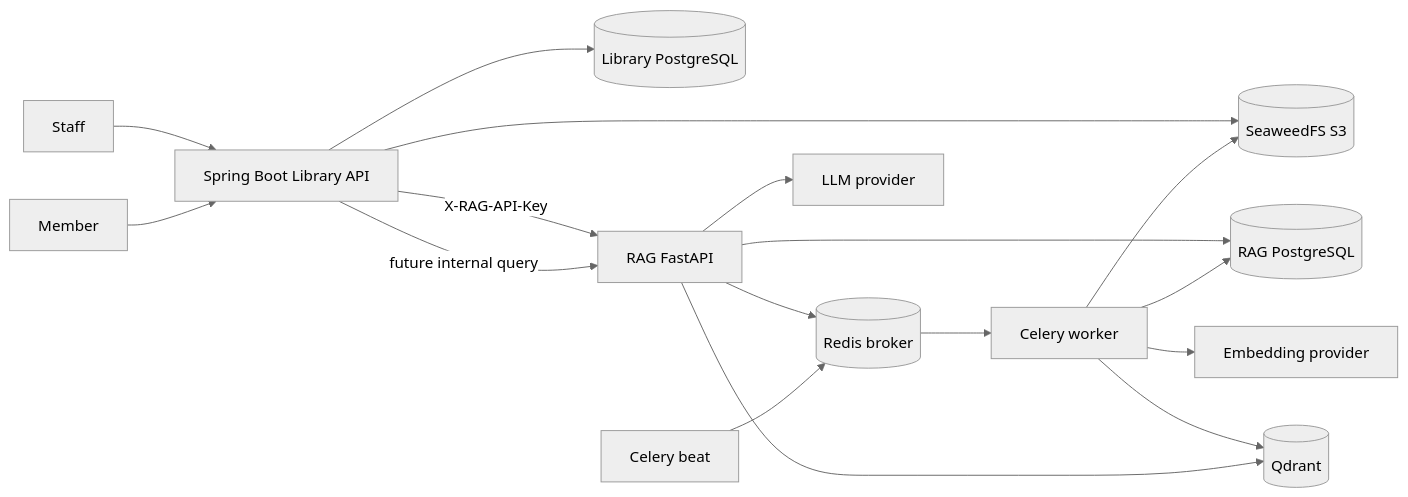
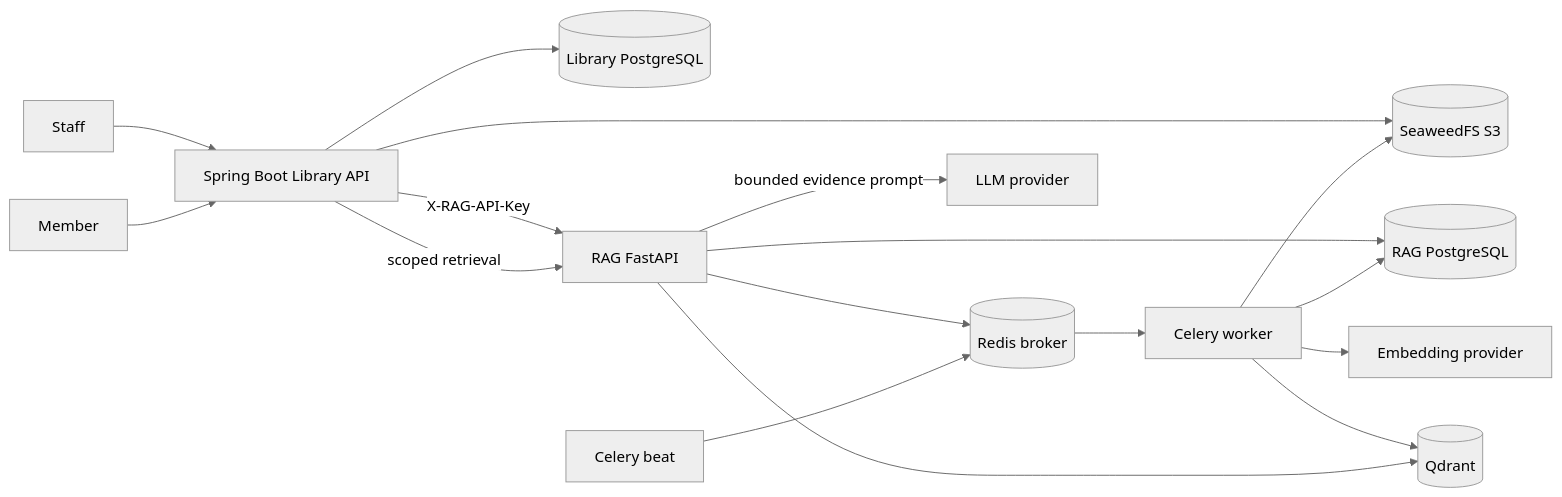
The diagram in rag-service/docs/platform/architecture.md (phandinhphuc1234/SE330_BE), drawn with Mermaid (neutral theme) before and after one commit. The commit also changed other lines of this file and 209 other files, not shown here.

````diff
--- a/rag-service/docs/platform/architecture.md
+++ b/rag-service/docs/platform/architecture.md
@@ -23,23 +23,23 @@
 ```mermaid
 flowchart LR
     Staff --> Library[Spring Boot Library API]
     Member --> Library
 
     Library --> LibraryDB[(Library PostgreSQL)]
     Library --> S3[(SeaweedFS S3)]
     Library -->|X-RAG-API-Key| API[RAG FastAPI]
 
     API --> RAGDB[(RAG PostgreSQL)]
     API --> Redis[(Redis broker)]
     Redis --> Worker[Celery worker]
     Beat[Celery beat] --> Redis
 
     Worker --> RAGDB
     Worker --> S3
     Worker --> Embedding[Embedding provider]
     Worker --> Qdrant[(Qdrant)]
 
-    Library -->|future internal query| API
+    Library -->|scoped retrieval| API
     API --> Qdrant
-    API --> LLM[LLM provider]
+    API -->|bounded evidence prompt| LLM[LLM provider]
 ```
````
